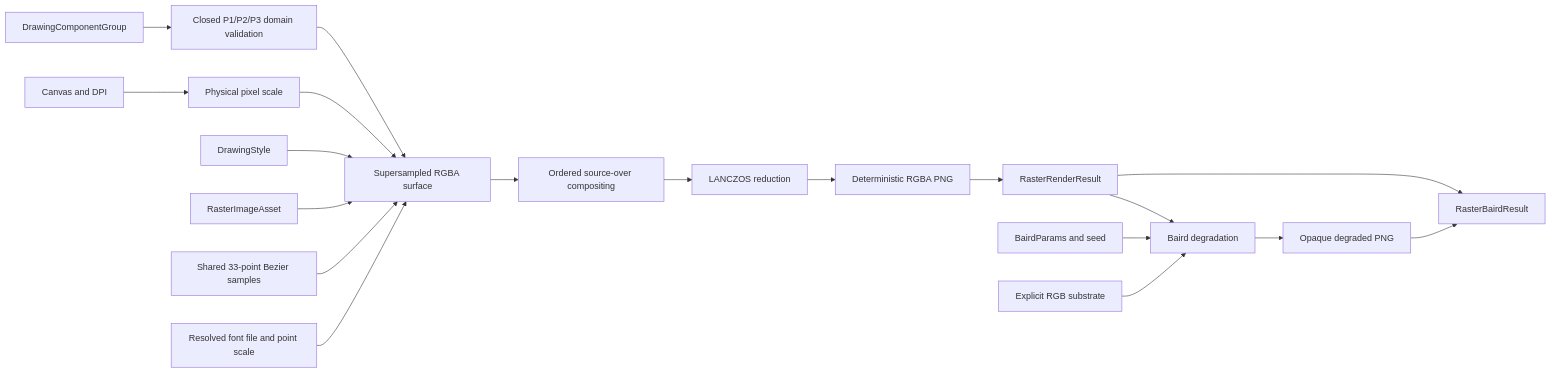
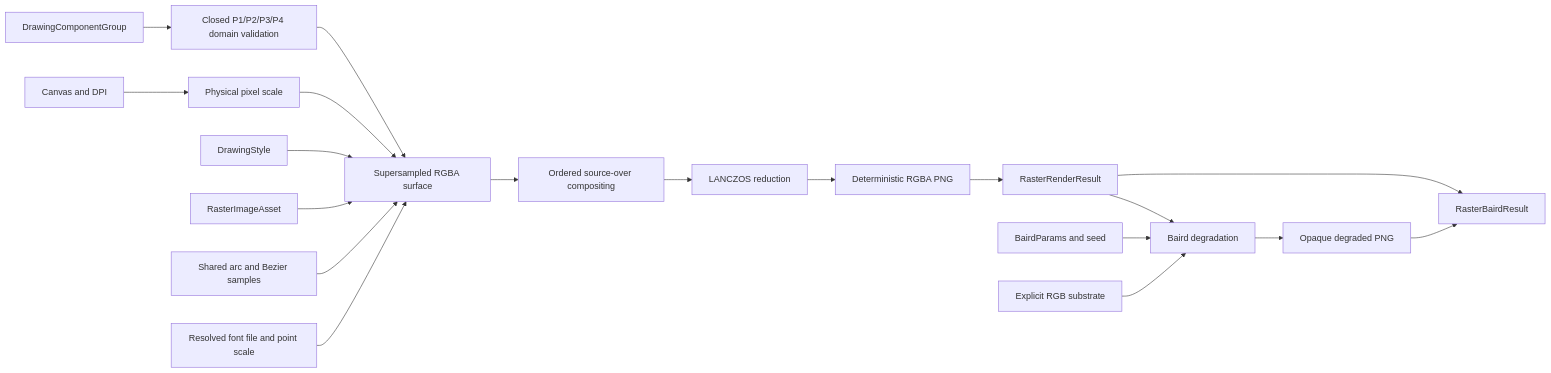
Before and after one commit to cmill32405/InkGen: the diagram in docs/diagrams/raster-renderer.mmd, drawn with Mermaid. The commit also changed 11 other files, not shown here.

```diff
--- a/docs/diagrams/raster-renderer.mmd
+++ b/docs/diagrams/raster-renderer.mmd
@@ -1,19 +1,19 @@
 flowchart LR
-    Group[DrawingComponentGroup] --> Validate[Closed P1/P2/P3 domain validation]
+    Group[DrawingComponentGroup] --> Validate[Closed P1/P2/P3/P4 domain validation]
     Canvas[Canvas and DPI] --> Scale[Physical pixel scale]
     Validate --> Surface[Supersampled RGBA surface]
     Scale --> Surface
     Style[DrawingStyle] --> Surface
     Assets[RasterImageAsset] --> Surface
-    Curves[Shared 33-point Bezier samples] --> Surface
+    Curves[Shared arc and Bezier samples] --> Surface
     Font[Resolved font file and point scale] --> Surface
     Surface --> Composite[Ordered source-over compositing]
     Composite --> Reduce[LANCZOS reduction]
     Reduce --> PNG[Deterministic RGBA PNG]
     PNG --> Result[RasterRenderResult]
     Result --> Pair[RasterBairdResult]
     Result --> Baird[Baird degradation]
     Params[BairdParams and seed] --> Baird
     Substrate[Explicit RGB substrate] --> Baird
     Baird --> Scan[Opaque degraded PNG]
     Scan --> Pair
```
